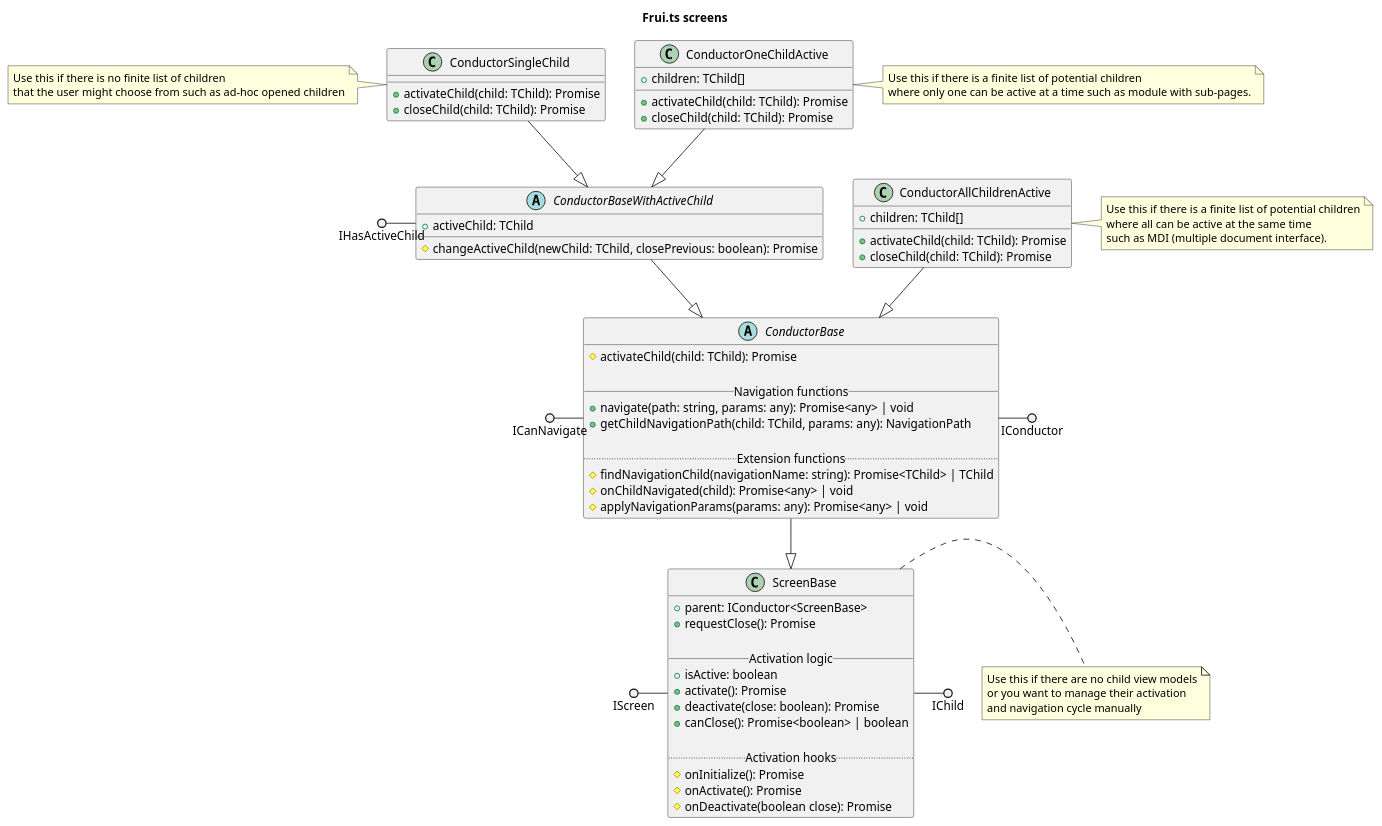
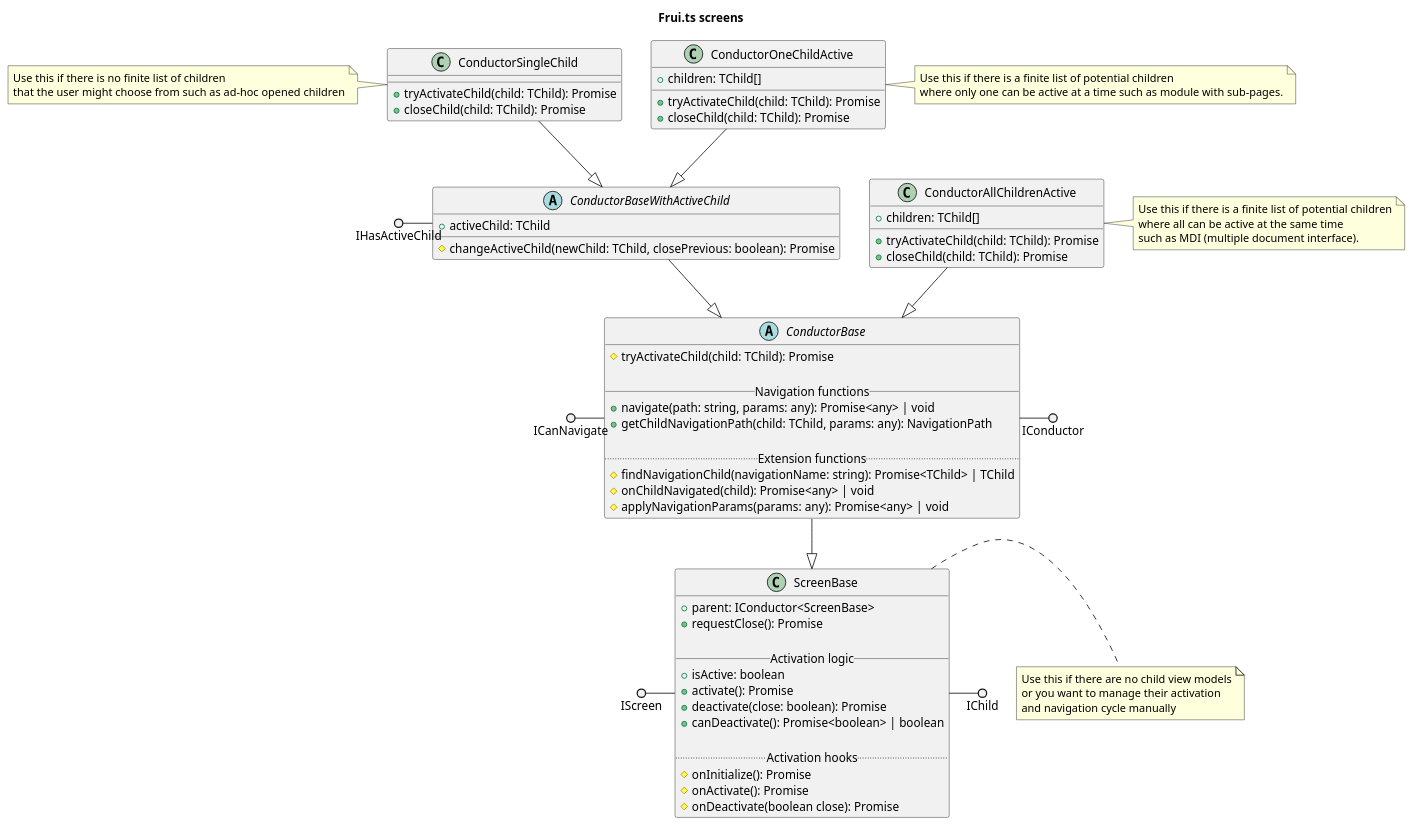
The diagram in packages/screens/classes.puml (eManPrague/frui.ts), drawn with PlantUML before and after one commit. The commit also changed 36 other files, not shown here.

```diff
--- a/packages/screens/classes.puml
+++ b/packages/screens/classes.puml
@@ -1,93 +1,93 @@
 @startuml
 
 title Frui.ts screens
 
 class ScreenBase {
   +parent: IConductor<ScreenBase>
   +requestClose(): Promise
 
   __ Activation logic __
   +isActive: boolean
   +activate(): Promise
   +deactivate(close: boolean): Promise
-  +canClose(): Promise<boolean> | boolean
+  +canDeactivate(): Promise<boolean> | boolean
 
   .. Activation hooks ..
   #onInitialize(): Promise
   #onActivate(): Promise
   #onDeactivate(boolean close): Promise
 }
 note right
   Use this if there are no child view models
   or you want to manage their activation
   and navigation cycle manually
 end note
 
 IScreen ()- ScreenBase
 ScreenBase -() IChild
 
 abstract class ConductorBase {
-  #activateChild(child: TChild): Promise
+  #tryActivateChild(child: TChild): Promise
 
   __ Navigation functions __
   +navigate(path: string, params: any): Promise<any> | void
   +getChildNavigationPath(child: TChild, params: any): NavigationPath
 
   .. Extension functions ..
   #findNavigationChild(navigationName: string): Promise<TChild> | TChild
   #onChildNavigated(child): Promise<any> | void
   #applyNavigationParams(params: any): Promise<any> | void
 }
 
 ConductorBase --|> ScreenBase
 ConductorBase -() IConductor
 ICanNavigate ()- ConductorBase
 
 abstract class ConductorBaseWithActiveChild {
   +activeChild: TChild
 
   #changeActiveChild(newChild: TChild, closePrevious: boolean): Promise
 }
 
 ConductorBaseWithActiveChild --|> ConductorBase
 IHasActiveChild ()- ConductorBaseWithActiveChild
 
 class ConductorSingleChild {
-  +activateChild(child: TChild): Promise
+  +tryActivateChild(child: TChild): Promise
   +closeChild(child: TChild): Promise
 }
 note left
   Use this if there is no finite list of children
   that the user might choose from such as ad-hoc opened children
 end note
 
 ConductorSingleChild --|> ConductorBaseWithActiveChild
 
 class ConductorOneChildActive {
   +children: TChild[]
 
-  +activateChild(child: TChild): Promise
+  +tryActivateChild(child: TChild): Promise
   +closeChild(child: TChild): Promise
 }
 note right
   Use this if there is a finite list of potential children
   where only one can be active at a time such as module with sub-pages.
 end note
 
 ConductorOneChildActive --|> ConductorBaseWithActiveChild
 
 class ConductorAllChildrenActive {
   +children: TChild[]
 
-  +activateChild(child: TChild): Promise
+  +tryActivateChild(child: TChild): Promise
   +closeChild(child: TChild): Promise
 }
 note right
   Use this if there is a finite list of potential children
   where all can be active at the same time
   such as MDI (multiple document interface).
 end note
 
 ConductorAllChildrenActive --|> ConductorBase
 
 @enduml
```
